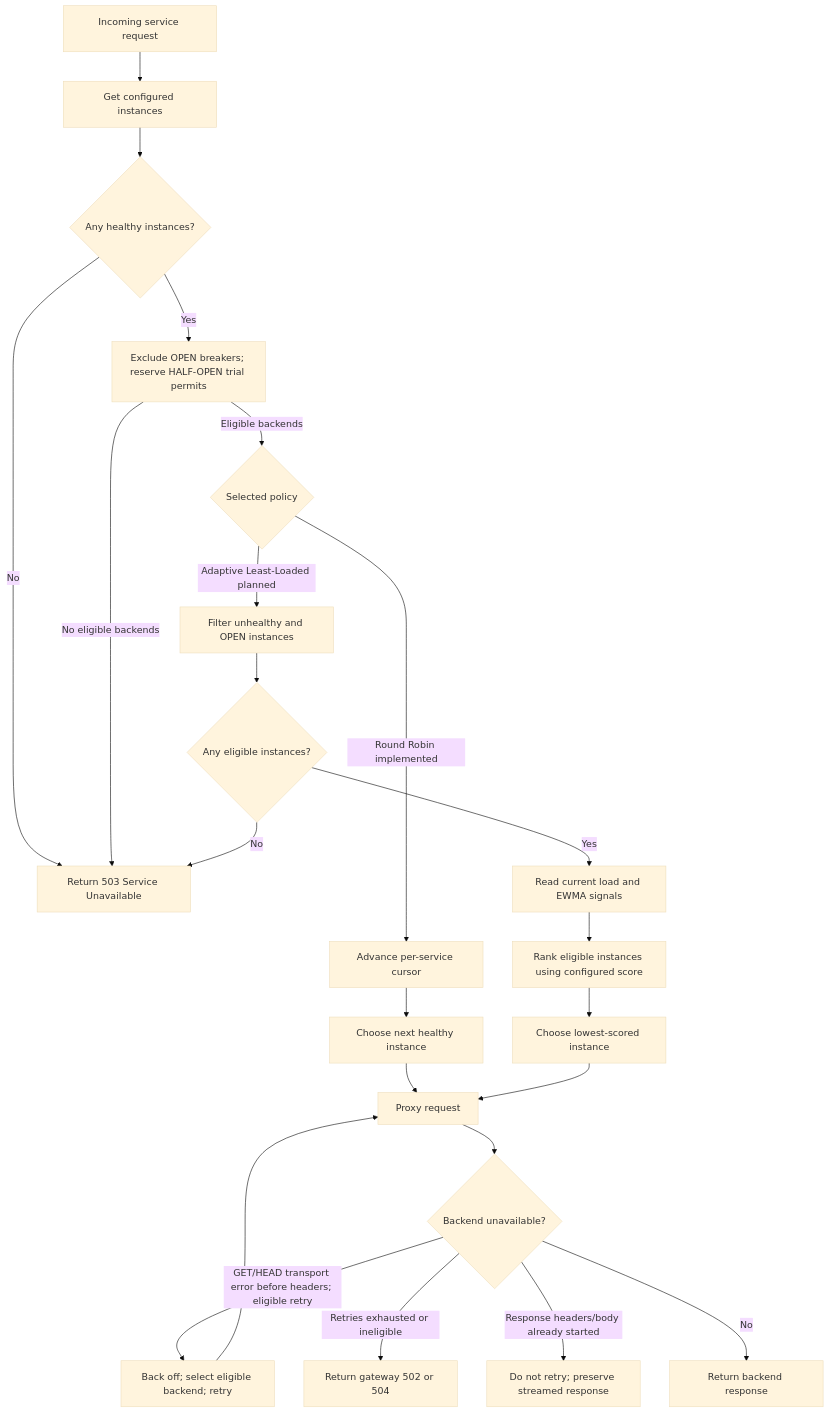
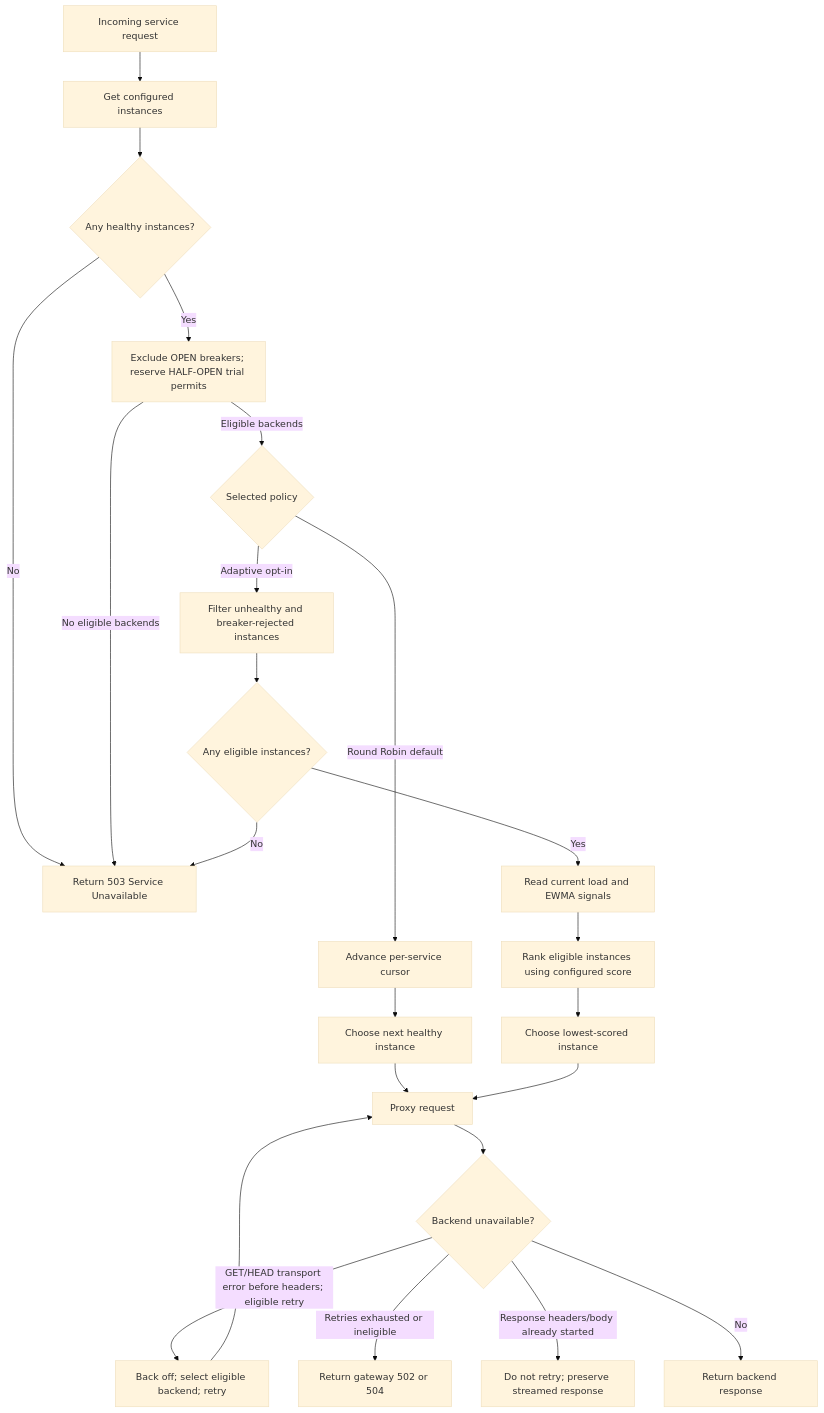
Before and after one commit to Yushi7/IntelliGate: the third of 4 diagrams in ARCHITECTURE.md, drawn with Mermaid (base theme). The commit also changed other lines of this file and 10 other files, not shown here.

````diff
--- a/ARCHITECTURE.md
+++ b/ARCHITECTURE.md
@@ -207,25 +221,25 @@
 ```mermaid
 flowchart TD
     Start[Incoming service request] --> Pool[Get configured instances]
     Pool --> Health{Any healthy instances?}
     Health -->|No| Fail[Return 503 Service Unavailable]
     Health -->|Yes| Admission[Exclude OPEN breakers; reserve HALF-OPEN trial permits]
     Admission -->|No eligible backends| Fail
     Admission -->|Eligible backends| Policy{Selected policy}
-    Policy -->|Round Robin implemented| RR[Advance per-service cursor]
+    Policy -->|Round Robin default| RR[Advance per-service cursor]
     RR --> RRChoice[Choose next healthy instance]
-    Policy -->|Adaptive Least-Loaded planned| Filter[Filter unhealthy and OPEN instances]
+    Policy -->|Adaptive opt-in| Filter[Filter unhealthy and breaker-rejected instances]
     Filter --> Empty{Any eligible instances?}
     Empty -->|No| Fail
     Empty -->|Yes| Signals[Read current load and EWMA signals]
     Signals --> Score[Rank eligible instances using configured score]
     Score --> AdaptiveChoice[Choose lowest-scored instance]
     RRChoice --> Proxy[Proxy request]
     AdaptiveChoice --> Proxy
     Proxy --> Failure{Backend unavailable?}
     Failure -->|GET/HEAD transport error before headers; eligible retry| Retry[Back off; select eligible backend; retry]
     Failure -->|Retries exhausted or ineligible| GatewayError[Return gateway 502 or 504]
     Failure -->|Response headers/body already started| NoRetry[Do not retry; preserve streamed response]
     Failure -->|No| Response[Return backend response]
     Retry --> Proxy
 ```
````
